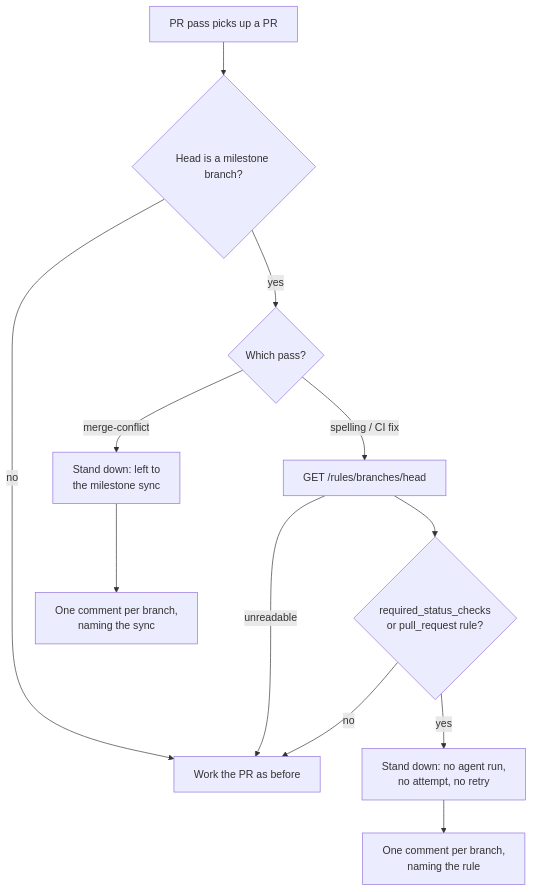
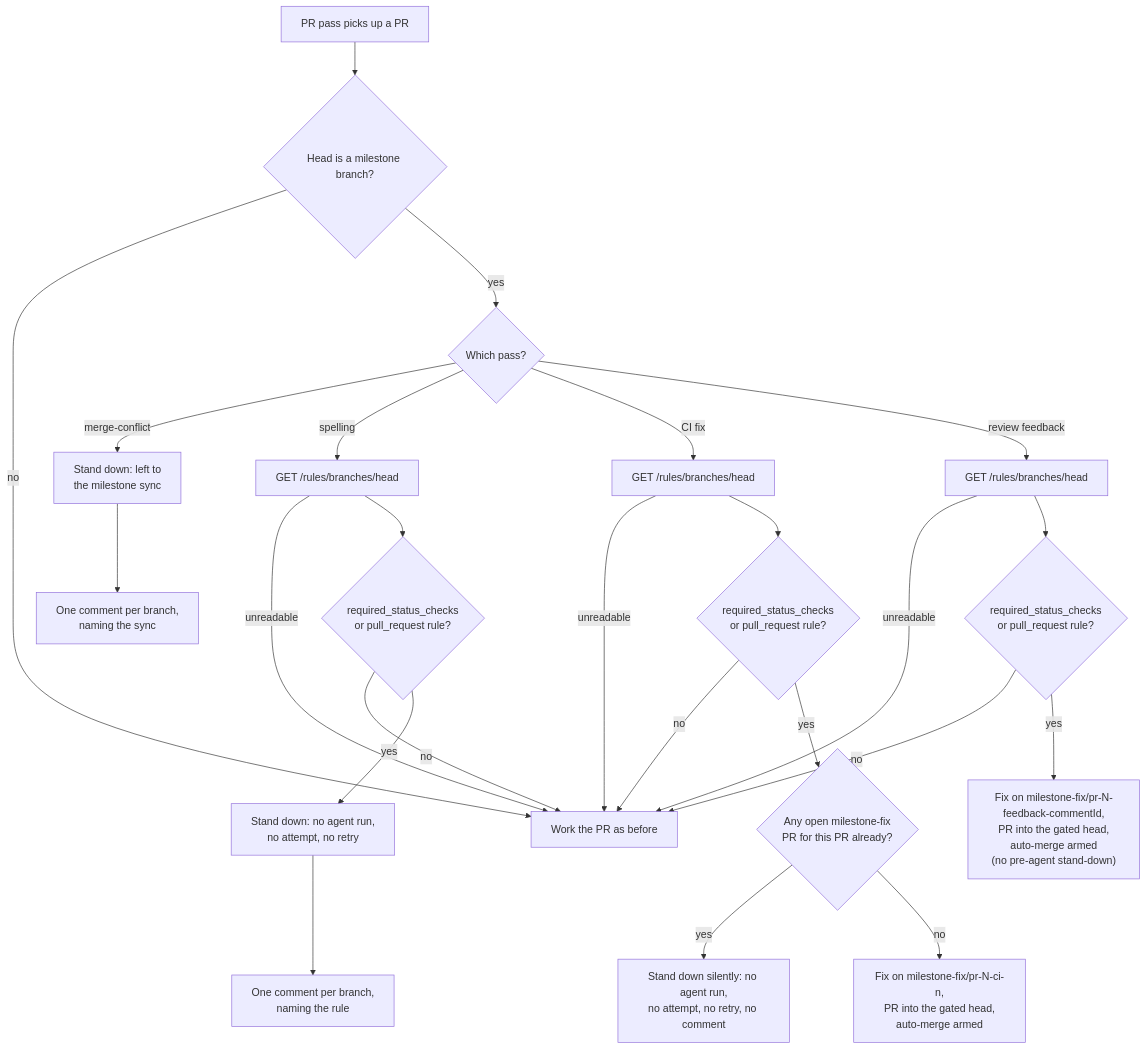
The tenth of 10 diagrams in docs/MERGE.md (stSoftwareAU/VibeCoder), drawn with Mermaid before and after one commit. The commit also changed other lines of this file and 2 other files, not shown here.

````diff
--- a/docs/MERGE.md
+++ b/docs/MERGE.md
@@ -853,14 +853,26 @@
 ```mermaid
 flowchart TD
     A[PR pass picks up a PR] --> B{"Head is a milestone branch?"}
     B -- no --> W[Work the PR as before]
     B -- yes --> M{"Which pass?"}
     M -- merge-conflict --> S["Stand down: left to<br/>the milestone sync"]
-    M -- spelling / CI fix --> C[GET /rules/branches/head]
+    M -- spelling --> C[GET /rules/branches/head]
     C -- unreadable --> W
     C --> D{"required_status_checks<br/>or pull_request rule?"}
     D -- no --> W
     D -- yes --> E[Stand down: no agent run,<br/>no attempt, no retry]
     E --> F[One comment per branch,<br/>naming the rule]
     S --> F2[One comment per branch,<br/>naming the sync]
+    M -- CI fix --> G[GET /rules/branches/head]
+    G -- unreadable --> W
+    G --> H{"required_status_checks<br/>or pull_request rule?"}
+    H -- no --> W
+    H -- yes --> I{"Any open milestone-fix<br/>PR for this PR already?"}
+    I -- yes --> J["Stand down silently: no agent run,<br/>no attempt, no retry, no comment"]
+    I -- no --> K["Fix on milestone-fix/pr-N-ci-n,<br/>PR into the gated head,<br/>auto-merge armed"]
+    M -- review feedback --> G2[GET /rules/branches/head]
+    G2 -- unreadable --> W
+    G2 --> H2{"required_status_checks<br/>or pull_request rule?"}
+    H2 -- no --> W
+    H2 -- yes --> K2["Fix on milestone-fix/pr-N-feedback-commentId,<br/>PR into the gated head,<br/>auto-merge armed<br/>(no pre-agent stand-down)"]
 ```
````
